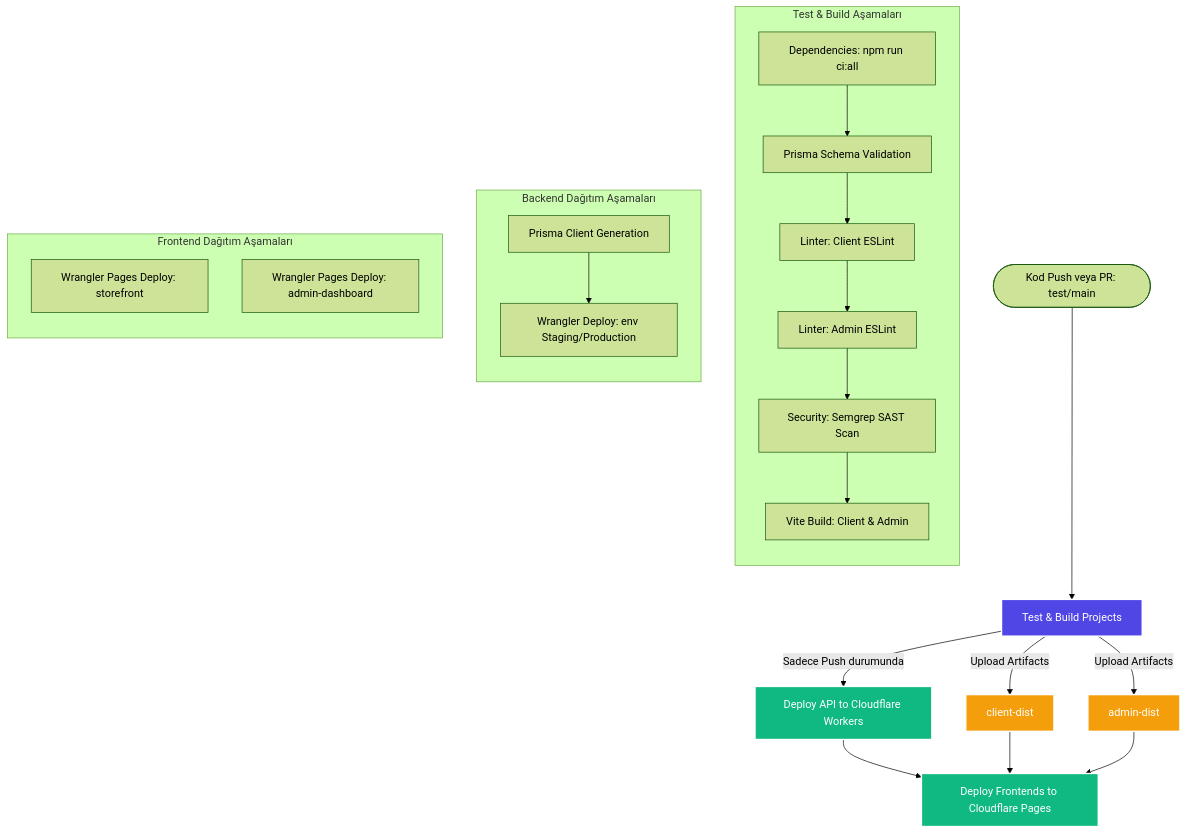
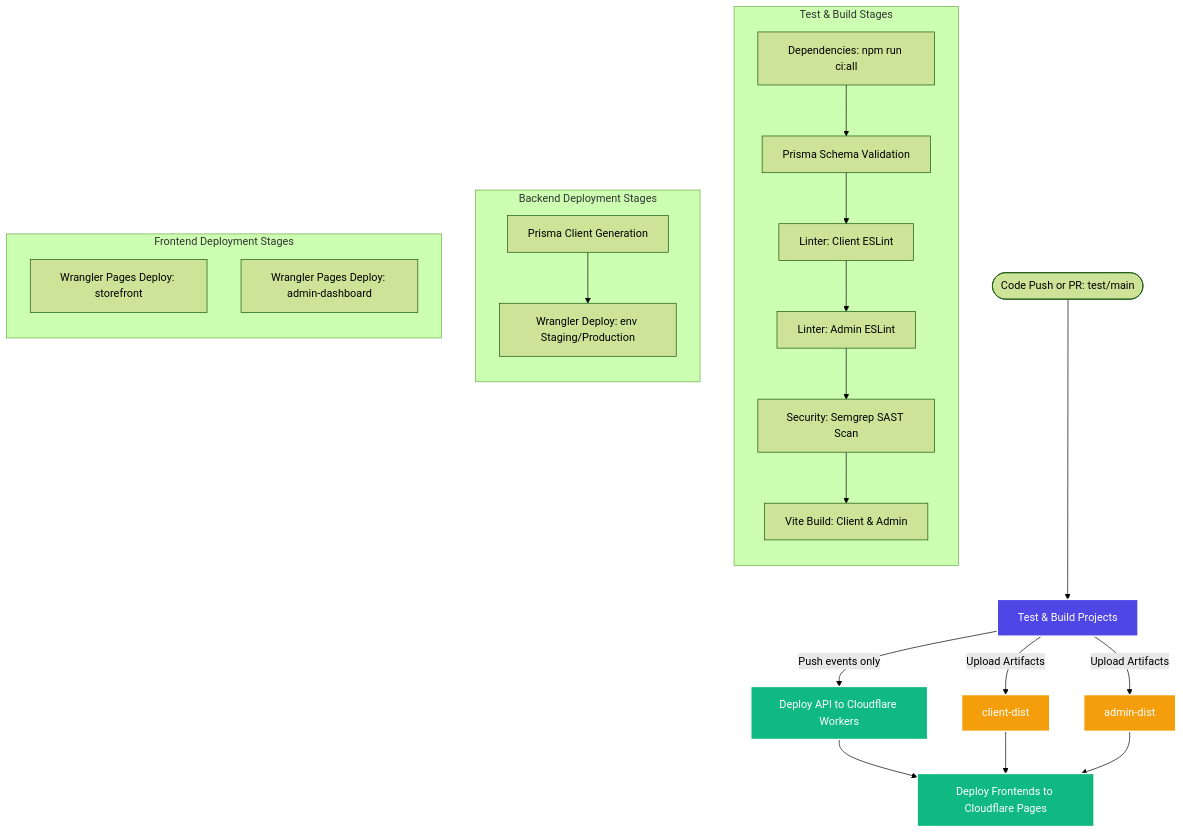
The diagram in docs/cicd_pipeline.md (yusufarbc/e-commerce-cloudflare), drawn with Mermaid (forest theme) before and after one commit. The commit also changed other lines of this file and 15 other files, not shown here.

````diff
--- a/docs/cicd_pipeline.md
+++ b/docs/cicd_pipeline.md
@@ -13,43 +13,43 @@
 ```mermaid
 graph TD
     classDef test fill:#4f46e5,stroke:#fff,stroke-width:2px,color:#fff
     classDef deploy fill:#10b981,stroke:#fff,stroke-width:2px,color:#fff
     classDef artifact fill:#f59e0b,stroke:#fff,stroke-width:2px,color:#fff
 
-    Start([Kod Push veya PR: test/main]) --> Job1[Test & Build Projects]:::test
-    
-    subgraph Job1_Steps [Test & Build Aşamaları]
+    Start([Code Push or PR: test/main]) --> Job1[Test & Build Projects]:::test
+
+    subgraph Job1_Steps [Test & Build Stages]
         direction TB
         Install[Dependencies: npm run ci:all]
         PrismaVal[Prisma Schema Validation]
         LintClient[Linter: Client ESLint]
         LintAdmin[Linter: Admin ESLint]
         Semgrep[Security: Semgrep SAST Scan]
         Build[Vite Build: Client & Admin]
-        
+
         Install --> PrismaVal --> LintClient --> LintAdmin --> Semgrep --> Build
     end
-    
+
     Job1 -->|Upload Artifacts| ArtClient[client-dist]:::artifact
     Job1 -->|Upload Artifacts| ArtAdmin[admin-dist]:::artifact
-    
-    Job1 -->|Sadece Push durumunda| Job2[Deploy API to Cloudflare Workers]:::deploy
-    
-    subgraph Job2_Steps [Backend Dağıtım Aşamaları]
+
+    Job1 -->|Push events only| Job2[Deploy API to Cloudflare Workers]:::deploy
+
+    subgraph Job2_Steps [Backend Deployment Stages]
         direction TB
         PrismaGen[Prisma Client Generation]
         WranglerDeploy[Wrangler Deploy: env Staging/Production]
         PrismaGen --> WranglerDeploy
     end
-    
+
     Job2 --> Job3[Deploy Frontends to Cloudflare Pages]:::deploy
-    
+
     ArtClient --> Job3
     ArtAdmin --> Job3
-    
-    subgraph Job3_Steps [Frontend Dağıtım Aşamaları]
+
+    subgraph Job3_Steps [Frontend Deployment Stages]
         direction TB
         DeployStorefront[Wrangler Pages Deploy: storefront]
         DeployAdmin[Wrangler Pages Deploy: admin-dashboard]
     end
 ```
````
